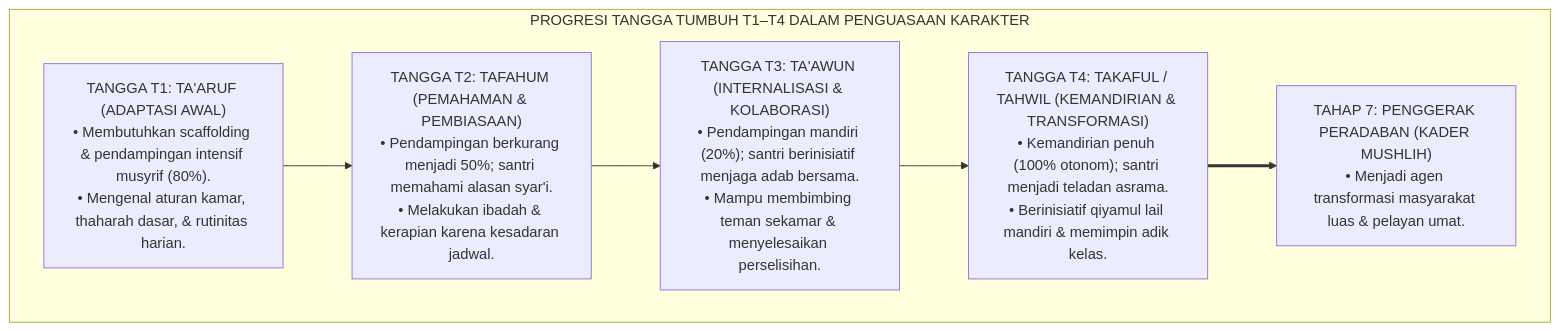
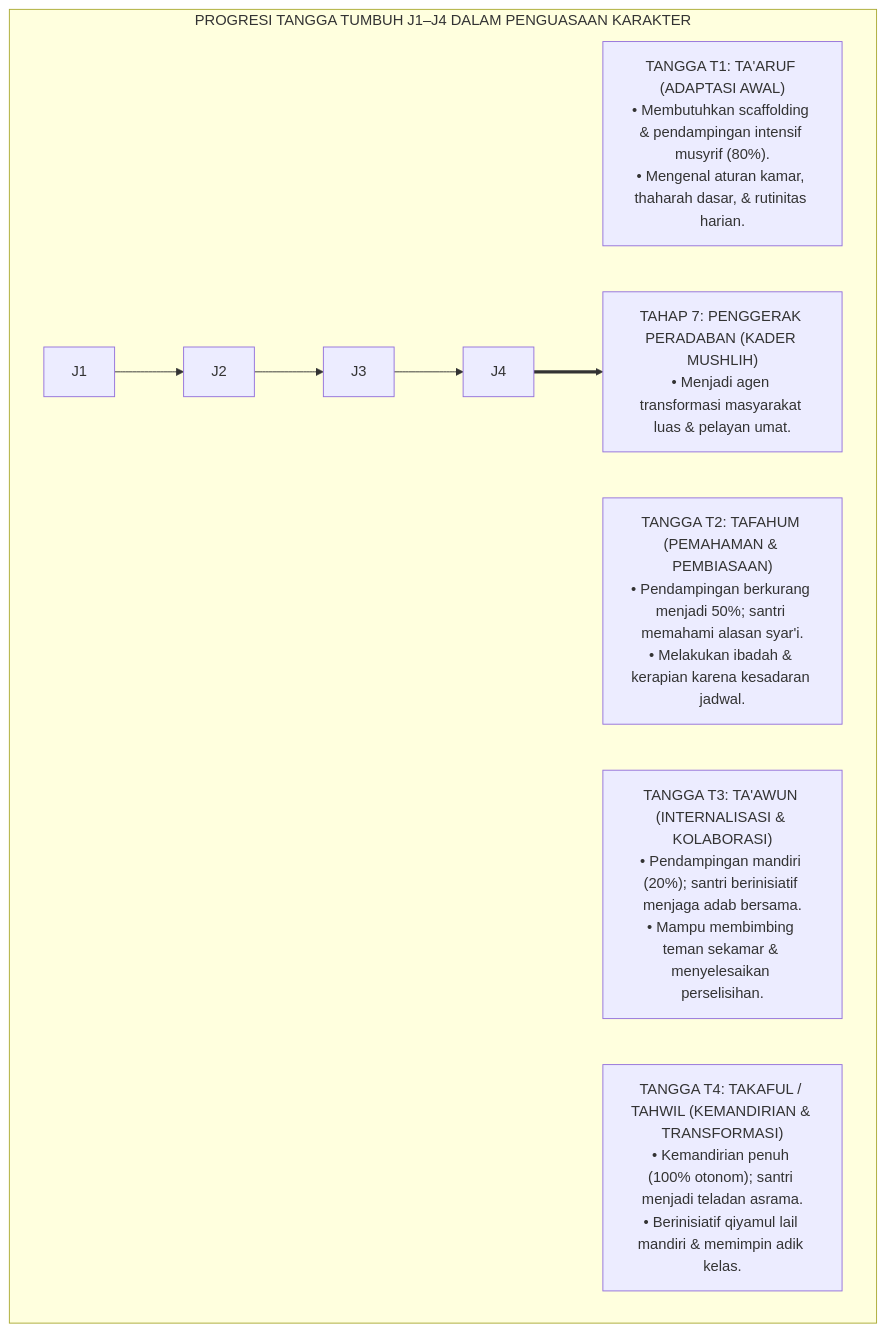
One commit to wandiapriliyandi/tumbuh changed the third of 4 diagrams in 03 Capacity Framework/01 Graduate Profile/P3-01-02-Kompetensi-Inti-10-Karakter-Santri.md. Above: the diagram before and after it, drawn with Mermaid. The commit also changed other lines of this file and 209 other files, not shown here.

````diff
--- a/03 Capacity Framework/01 Graduate Profile/P3-01-02-Kompetensi-Inti-10-Karakter-Santri.md
+++ b/03 Capacity Framework/01 Graduate Profile/P3-01-02-Kompetensi-Inti-10-Karakter-Santri.md
@@ -112,16 +112,16 @@
 ```mermaid
 flowchart TD
-    subgraph TanggaProgresiKarakterTUMBUH["PROGRESI TANGGA TUMBUH T1–T4 DALAM PENGUASAAN KARAKTER"]
+    subgraph TanggaProgresiKarakterTUMBUH["PROGRESI TANGGA TUMBUH J1–J4 DALAM PENGUASAAN KARAKTER"]
         T1["TANGGA T1: TA'ARUF (ADAPTASI AWAL)<br/>• Membutuhkan scaffolding & pendampingan intensif musyrif (80%).<br/>• Mengenal aturan kamar, thaharah dasar, & rutinitas harian."]
         
         T2["TANGGA T2: TAFAHUM (PEMAHAMAN & PEMBIASAAN)<br/>• Pendampingan berkurang menjadi 50%; santri memahami alasan syar'i.<br/>• Melakukan ibadah & kerapian karena kesadaran jadwal."]
         
         T3["TANGGA T3: TA'AWUN (INTERNALISASI & KOLABORASI)<br/>• Pendampingan mandiri (20%); santri berinisiatif menjaga adab bersama.<br/>• Mampu membimbing teman sekamar & menyelesaikan perselisihan."]
         
         T4["TANGGA T4: TAKAFUL / TAHWIL (KEMANDIRIAN & TRANSFORMASI)<br/>• Kemandirian penuh (100% otonom); santri menjadi teladan asrama.<br/>• Berinisiatif qiyamul lail mandiri & memimpin adik kelas."]
         
         Tahap7["TAHAP 7: PENGGERAK PERADABAN (KADER MUSHLIH)<br/>• Menjadi agen transformasi masyarakat luas & pelayan umat."]
         
-        T1 --> T2 --> T3 --> T4 ==> Tahap7
+        J1 --> J2 --> J3 --> J4 ==> Tahap7
     end
 ```
````
